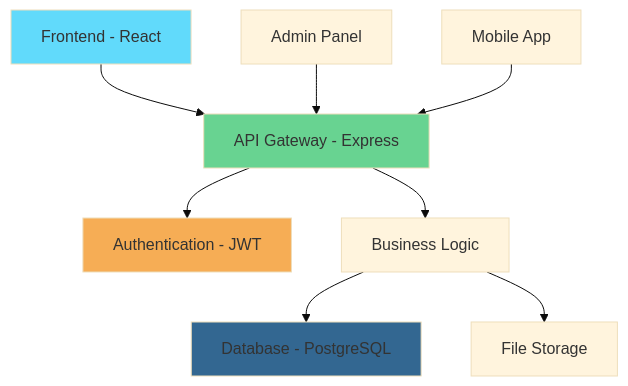
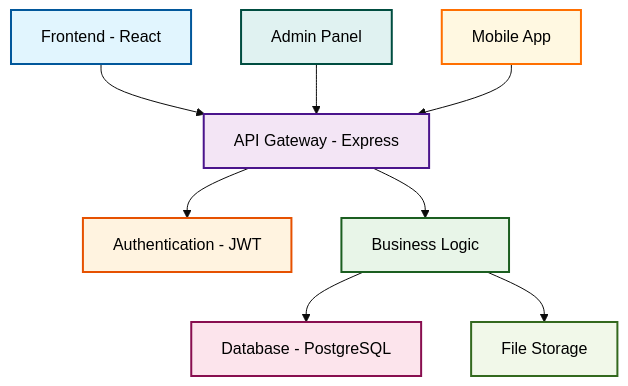
One commit to santiagosuaza01/suaza-erp-system changed the diagram in README.md. Above: the diagram before and after it, drawn with Mermaid (base theme). The commit also changed other lines of this file, not shown here.

First line of the commit message:
feat: Remove screenshots section and improve architecture diagram colors

````diff
--- a/README.md
+++ b/README.md
@@ -145,16 +126,20 @@
 ```mermaid
 graph TB
     A[Frontend - React] --> B[API Gateway - Express]
     B --> C[Authentication - JWT]
     B --> D[Business Logic]
     D --> E[Database - PostgreSQL]
     D --> F[File Storage]
     
     G[Admin Panel] --> B
     H[Mobile App] --> B
     
-    style A fill:#61DAFB
-    style B fill:#68D391
-    style E fill:#336791
-    style C fill:#F6AD55
+    style A fill:#e1f5fe,stroke:#01579b,stroke-width:2px,color:#000
+    style B fill:#f3e5f5,stroke:#4a148c,stroke-width:2px,color:#000
+    style C fill:#fff3e0,stroke:#e65100,stroke-width:2px,color:#000
+    style D fill:#e8f5e8,stroke:#1b5e20,stroke-width:2px,color:#000
+    style E fill:#fce4ec,stroke:#880e4f,stroke-width:2px,color:#000
+    style F fill:#f1f8e9,stroke:#33691e,stroke-width:2px,color:#000
+    style G fill:#e0f2f1,stroke:#004d40,stroke-width:2px,color:#000
+    style H fill:#fff8e1,stroke:#ff6f00,stroke-width:2px,color:#000
 ```
````
